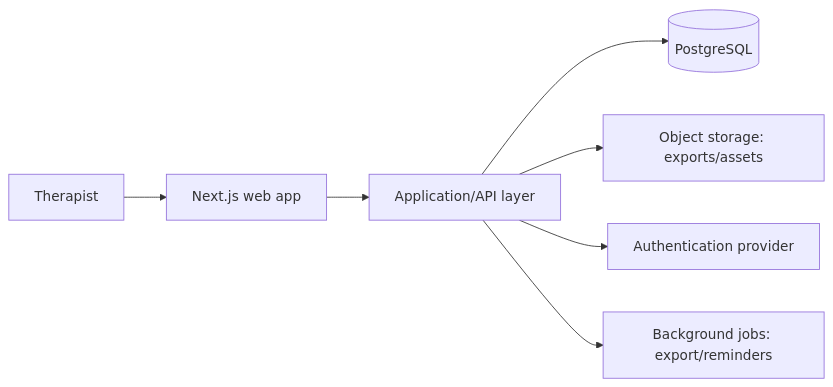
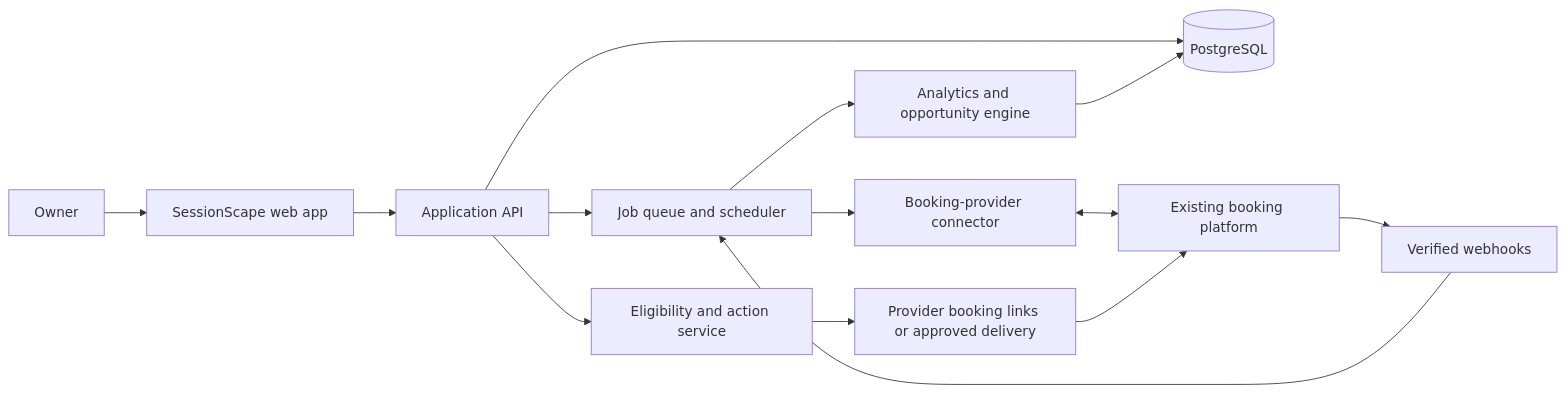
Before and after one commit to ivanovmrp/SessionScape: the diagram in docs/technical-architecture.md, drawn with Mermaid. The commit also changed other lines of this file and 14 other files, not shown here.

Commit message:
docs: redefine SessionScape business requirements

````diff
--- a/docs/technical-architecture.md
+++ b/docs/technical-architecture.md
@@ -9,9 +14,16 @@
 ```mermaid
 flowchart LR
-  T[Therapist] --> W[Next.js web app]
-  W --> A[Application/API layer]
-  A --> D[(PostgreSQL)]
-  A --> S[Object storage: exports/assets]
-  A --> I[Authentication provider]
-  A --> Q[Background jobs: export/reminders]
+  O[Owner] --> W[SessionScape web app]
+  W --> A[Application API]
+  A --> DB[(PostgreSQL)]
+  A --> J[Job queue and scheduler]
+  J --> C[Booking-provider connector]
+  C <--> P[Existing booking platform]
+  P --> H[Verified webhooks]
+  H --> J
+  J --> E[Analytics and opportunity engine]
+  E --> DB
+  A --> G[Eligibility and action service]
+  G --> L[Provider booking links or approved delivery]
+  L --> P
 ```
````
